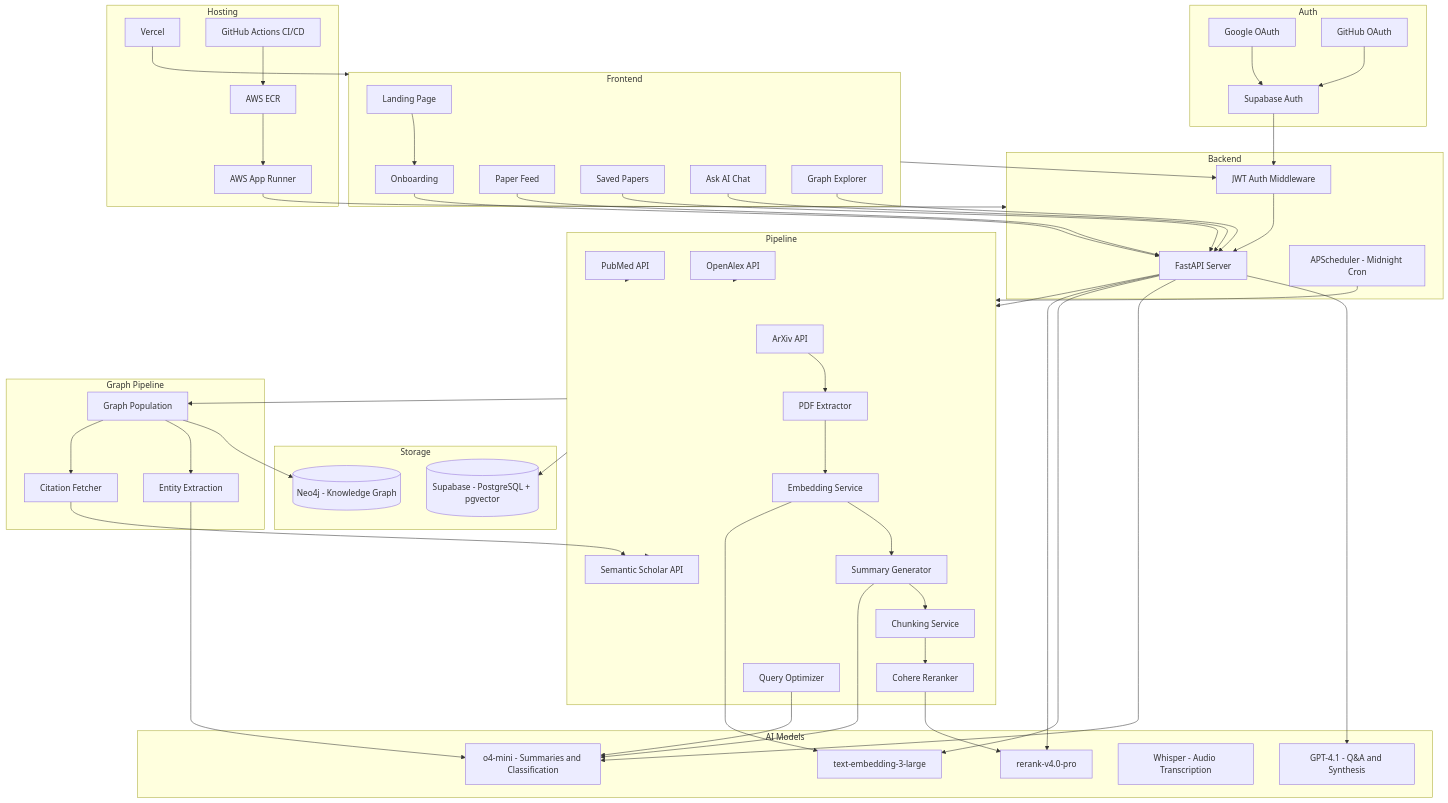
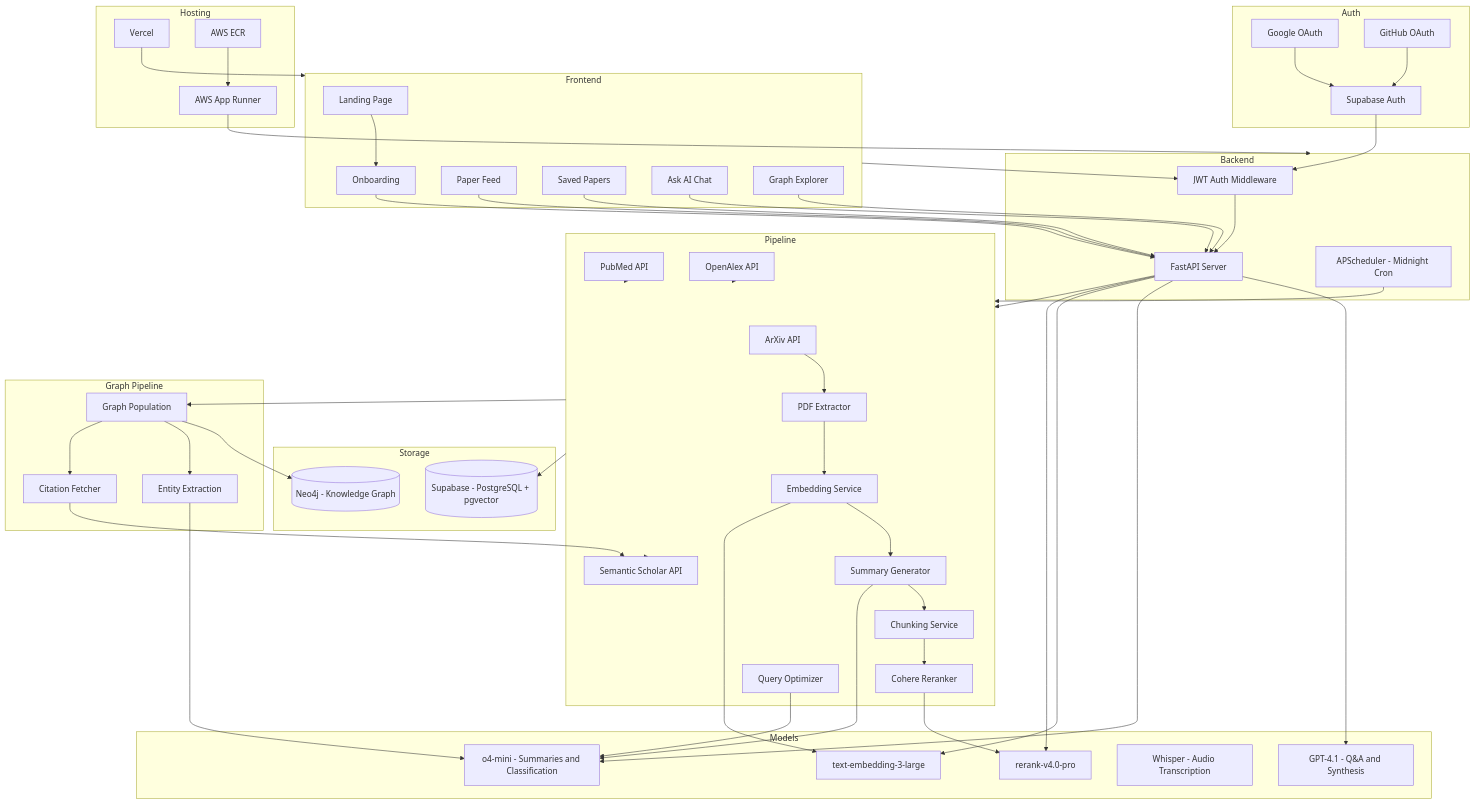
The first of 6 diagrams in README.md (aazminu/paper-pulse), drawn with Mermaid before and after one commit. The commit also changed other lines of this file, not shown here.

```diff
--- a/README.md
+++ b/README.md
@@ -171,7 +127,6 @@
         VCL[Vercel]
         AR[AWS App Runner]
         ECR[AWS ECR]
-        GHA[GitHub Actions CI/CD]
     end
 
     subgraph Frontend
@@ -208,7 +163,7 @@
         QO[Query Optimizer]
     end
 
-    subgraph AI Models
+    subgraph Models
         GPT[GPT-4.1 - Q&A and Synthesis]
         O4M[o4-mini - Summaries and Classification]
         EMM[text-embedding-3-large]
@@ -227,7 +182,6 @@
         GP[Graph Population]
     end
 
-    GHA --> ECR
     ECR --> AR
     VCL --> Frontend
     AR --> Backend
```
